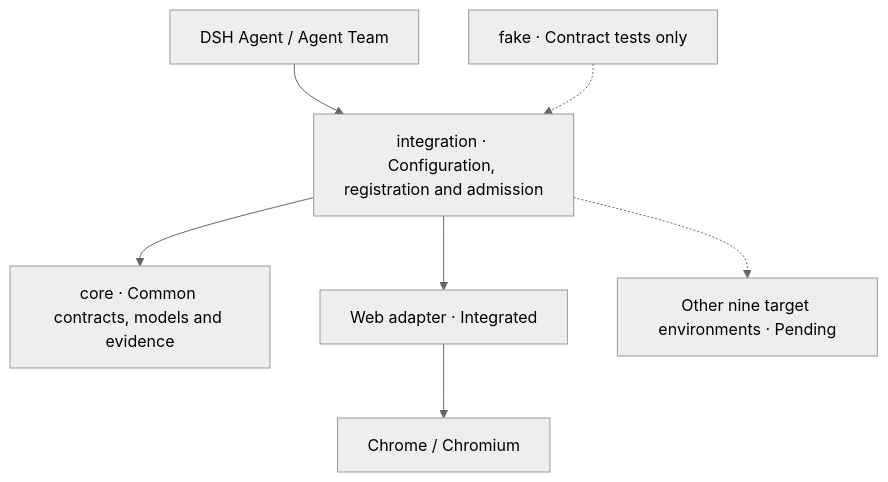
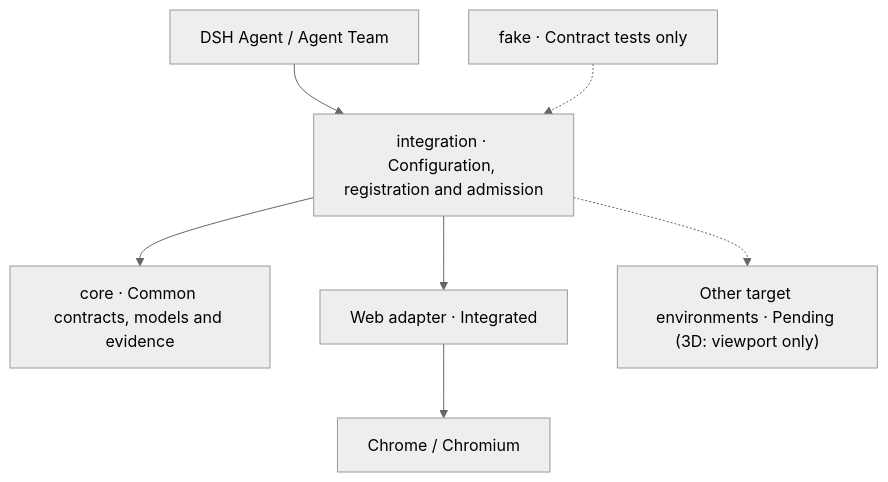
The diagram in README.md (bloodarea/dsh-agent-team-ui-testing), drawn with Mermaid (neutral theme) before and after one commit. The commit also changed other lines of this file and 3 other files, not shown here.

````diff
--- a/README.md
+++ b/README.md
@@ -65,9 +65,9 @@
 ```mermaid
 flowchart TB
     A["DSH Agent / Agent Team"] --> I["integration · Configuration, registration and admission"]
     I --> C["core · Common contracts, models and evidence"]
     I --> W["Web adapter · Integrated"]
-    I -.-> N["Other nine target environments · Pending"]
+    I -.-> N["Other target environments · Pending (3D: viewport only)"]
     W --> R["Chrome / Chromium"]
     F["fake · Contract tests only"] -.-> I
 ```
````
